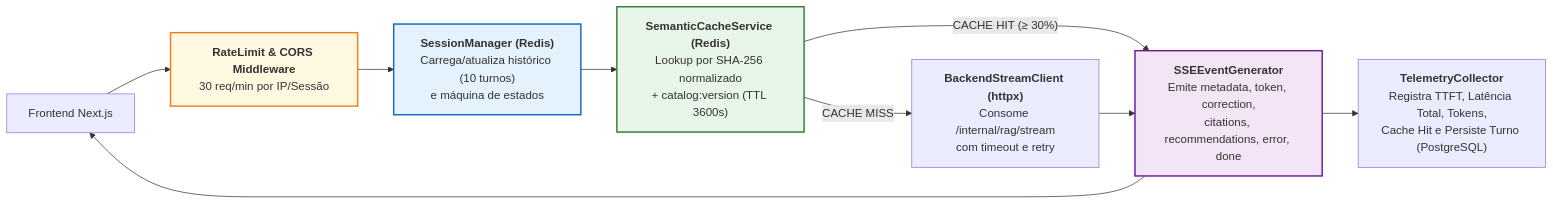
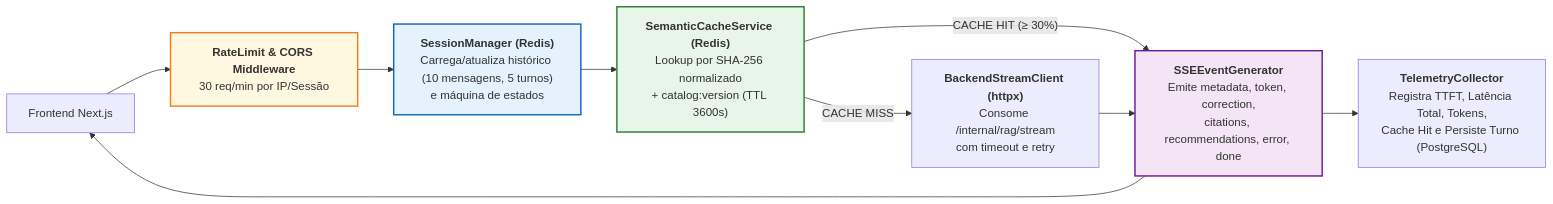
The diagram in specs/components/02_middleend_gateway_sse_redis_spec.md (rodrigololr/smartsales_rag), drawn with Mermaid before and after one commit. The commit also changed other lines of this file and 8 other files, not shown here.

````diff
--- a/specs/components/02_middleend_gateway_sse_redis_spec.md
+++ b/specs/components/02_middleend_gateway_sse_redis_spec.md
@@ -11,16 +11,16 @@
 ```mermaid
 flowchart LR
     CLIENT["Frontend Next.js"] --> RL["<b>RateLimit & CORS Middleware</b><br/>30 req/min por IP/Sessão"]
-    RL --> SESS["<b>SessionManager (Redis)</b><br/>Carrega/atualiza histórico (10 turnos)<br/>e máquina de estados"]
+    RL --> SESS["<b>SessionManager (Redis)</b><br/>Carrega/atualiza histórico (10 mensagens, 5 turnos)<br/>e máquina de estados"]
     SESS --> CACHE["<b>SemanticCacheService (Redis)</b><br/>Lookup por SHA-256 normalizado<br/>+ catalog:version (TTL 3600s)"]
     CACHE -->|"CACHE HIT (≥ 30%)"| SSE_GEN["<b>SSEEventGenerator</b><br/>Emite metadata, token, correction,<br/>citations, recommendations, error, done"]
     CACHE -->|"CACHE MISS"| PROXY["<b>BackendStreamClient (httpx)</b><br/>Consome /internal/rag/stream<br/>com timeout e retry"]
     PROXY --> SSE_GEN
     SSE_GEN --> TELEM["<b>TelemetryCollector</b><br/>Registra TTFT, Latência Total, Tokens,<br/>Cache Hit e Persiste Turno (PostgreSQL)"]
     SSE_GEN --> CLIENT
 
     style RL fill:#fff8e1,stroke:#f57f17,stroke-width:2px
     style SESS fill:#e3f2fd,stroke:#1565c0,stroke-width:2px
     style CACHE fill:#e8f5e9,stroke:#2e7d32,stroke-width:2px
     style SSE_GEN fill:#f3e5f5,stroke:#6a1b9a,stroke-width:2px
 ```
````
